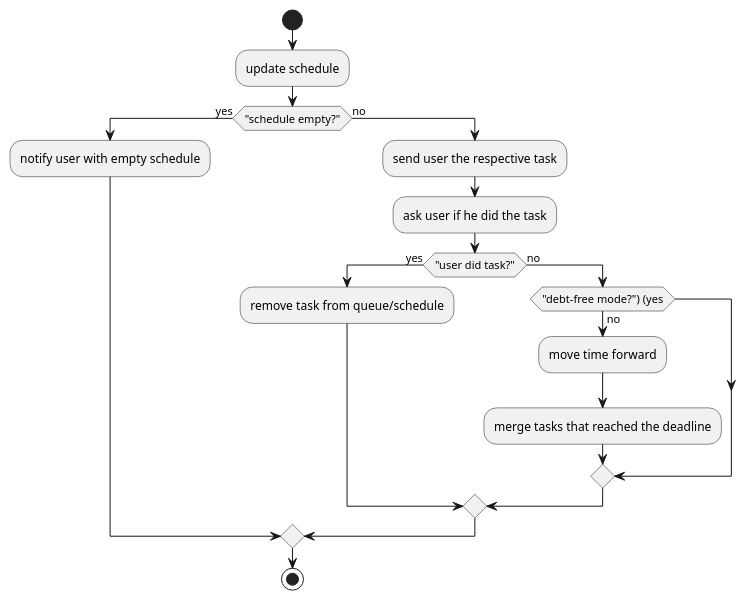
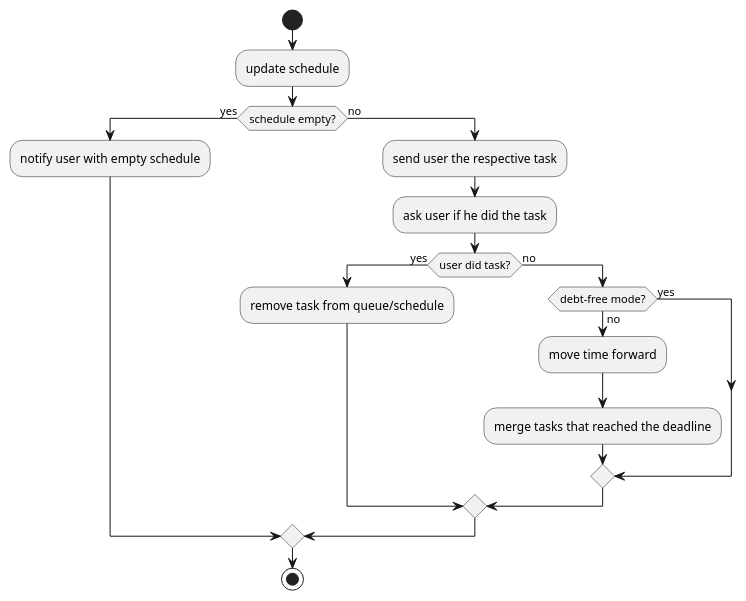
Before and after one commit to Ozhead/household_schedule: the diagram in plantuml/daily_workflow.puml, drawn with PlantUML.

```diff
--- a/plantuml/daily_workflow.puml
+++ b/plantuml/daily_workflow.puml
@@ -1,26 +1,26 @@
 @startuml daily workflow
 start
 :update schedule;
 
-if ("schedule empty?") then (yes)
+if (schedule empty?) then (yes)
   :notify user with empty schedule;
 else (no)
   :send user the respective task;
   :ask user if he did the task;
 
-  if ("user did task?") then (yes)
+  if (user did task?) then (yes)
     :remove task from queue/schedule;
   else (no)
-
-    if ("debt-free mode?") (yes)
+  
+    if (debt-free mode?) then (yes)
     else (no)
       :move time forward;
       :merge tasks that reached the deadline;
     endif
-    
+
   endif
 
 endif
 
 stop
 @enduml
```
